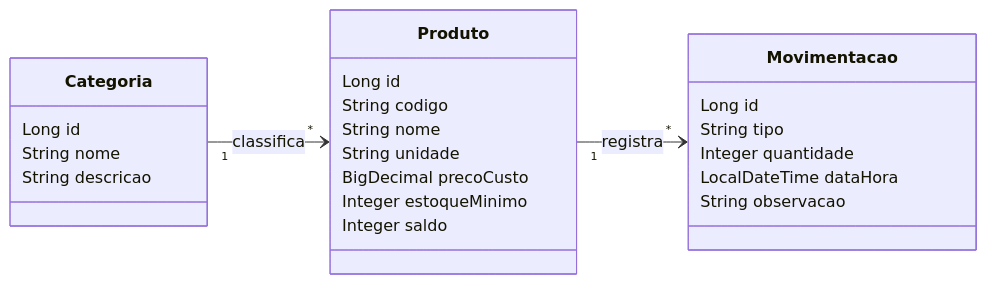
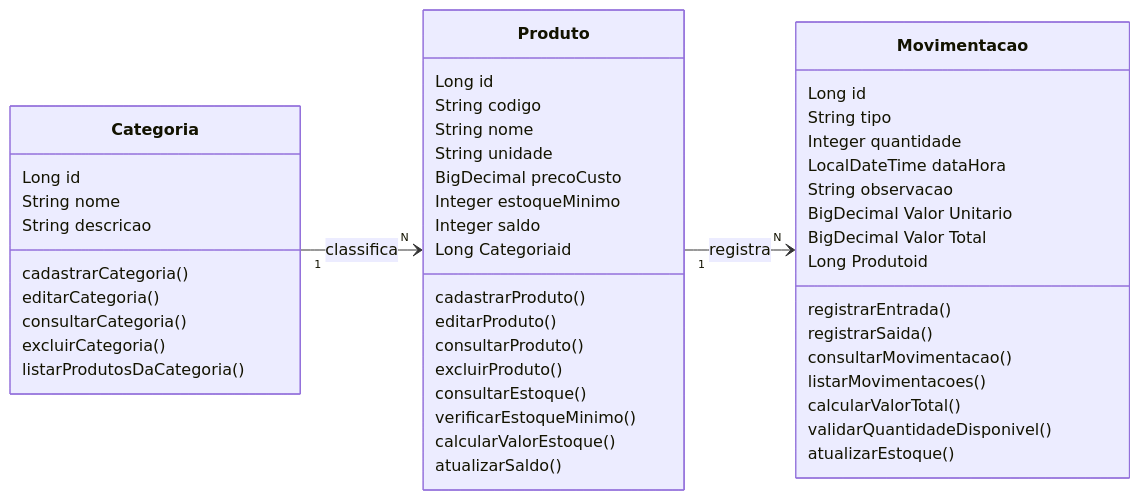
One commit to rodrigobim1978-byte/Projeto-Final-Estoque changed the diagram in README.md. Above: the diagram before and after it, drawn with Mermaid. The commit also changed other lines of this file and 2 other files, not shown here.

Commit message:
docs: diagrama de classes

````diff
--- a/README.md
+++ b/README.md
@@ -77,27 +124,54 @@
 ```mermaid
 classDiagram
     direction LR
     class Categoria {
         Long id
         String nome
         String descricao
+
+        cadastrarCategoria()
+        editarCategoria()
+        consultarCategoria()
+        excluirCategoria()
+        listarProdutosDaCategoria()
     }
     class Produto {
         Long id
         String codigo
         String nome
         String unidade
         BigDecimal precoCusto
         Integer estoqueMinimo
         Integer saldo
+        Long Categoriaid
+
+        cadastrarProduto()
+        editarProduto()
+        consultarProduto()
+        excluirProduto()
+        consultarEstoque()
+        verificarEstoqueMinimo()
+        calcularValorEstoque()
+        atualizarSaldo()
     }
     class Movimentacao {
         Long id
         String tipo
         Integer quantidade
         LocalDateTime dataHora
         String observacao
+        BigDecimal Valor Unitario
+        BigDecimal Valor Total
+        Long Produtoid
+
+        registrarEntrada()
+        registrarSaida()
+        consultarMovimentacao()
+        listarMovimentacoes()
+        calcularValorTotal()
+        validarQuantidadeDisponivel()
+        atualizarEstoque()
     }
-    Categoria "1" --> "*" Produto : classifica
-    Produto "1" --> "*" Movimentacao : registra
+    Categoria "1" --> "N" Produto : classifica
+    Produto "1" --> "N" Movimentacao : registra
 ```
````
